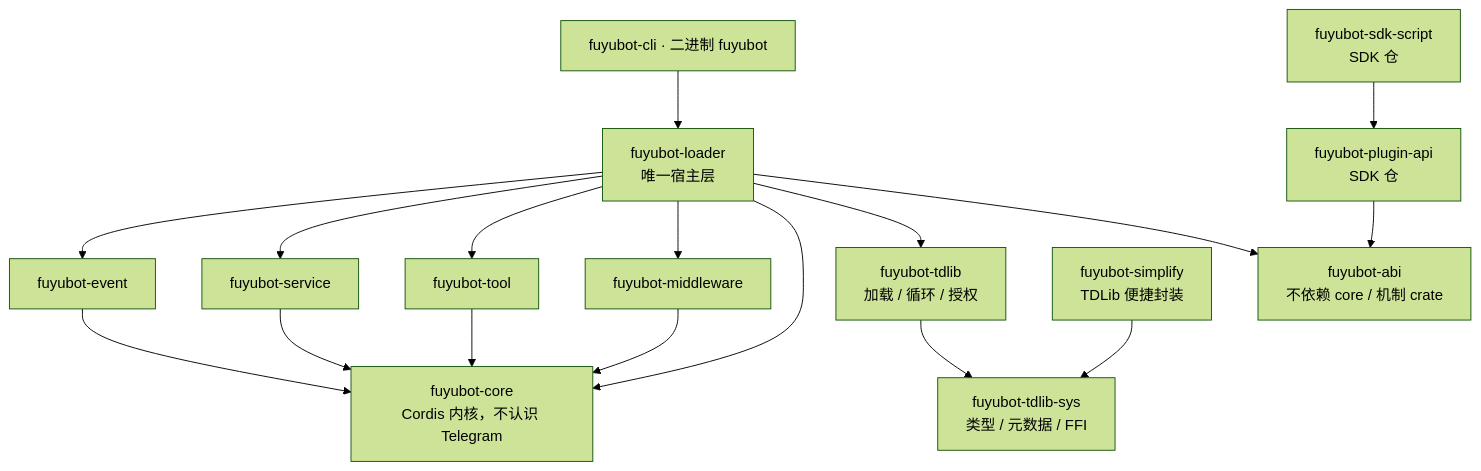
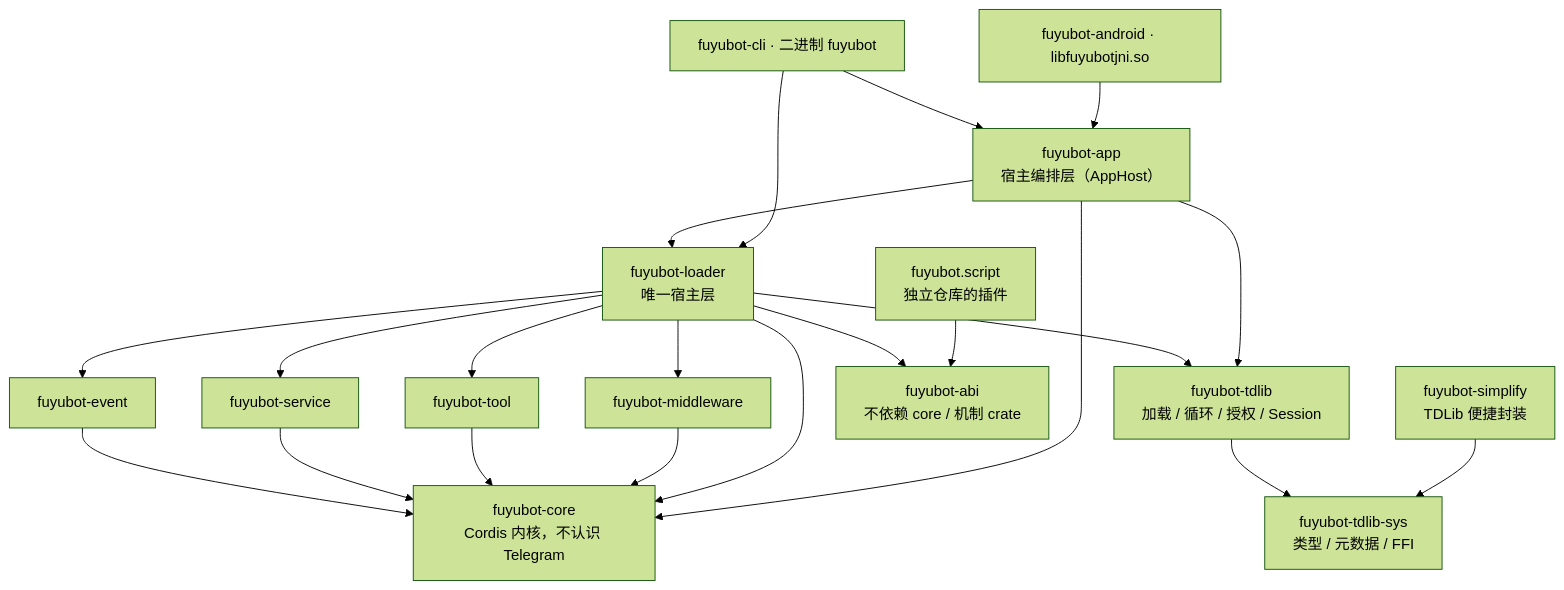
One commit to CatMoeCircle/FuyuBot-docs changed the diagram in content/docs/dev/architecture.mdx. Above: the diagram before and after it, drawn with Mermaid (forest theme). The commit also changed other lines of this file and 41 other files, not shown here.

First line of the commit message:
docs: 脚本插件独立成章，原生插件示例改用 fuyubot-abi

````diff
--- a/content/docs/dev/architecture.mdx
+++ b/content/docs/dev/architecture.mdx
@@ -17,19 +17,23 @@
 ```mermaid
 graph TD
   event["fuyubot-event"] --> core["fuyubot-core<br/>Cordis 内核，不认识 Telegram"]
   service["fuyubot-service"] --> core
   tool["fuyubot-tool"] --> core
   middleware["fuyubot-middleware"] --> core
   loader["fuyubot-loader<br/>唯一宿主层"] --> event
   loader --> service
   loader --> tool
   loader --> middleware
   loader --> core
-  loader --> tdlib["fuyubot-tdlib<br/>加载 / 循环 / 授权"]
+  loader --> tdlib["fuyubot-tdlib<br/>加载 / 循环 / 授权 / Session"]
   tdlib --> sys["fuyubot-tdlib-sys<br/>类型 / 元数据 / FFI"]
   loader --> abi["fuyubot-abi<br/>不依赖 core / 机制 crate"]
-  cli["fuyubot-cli · 二进制 fuyubot"] --> loader
-  pluginapi["fuyubot-plugin-api<br/>SDK 仓"] --> abi
-  sdkscript["fuyubot-sdk-script<br/>SDK 仓"] --> pluginapi
+  app["fuyubot-app<br/>宿主编排层（AppHost）"] --> loader
+  app --> tdlib
+  app --> core
+  cli["fuyubot-cli · 二进制 fuyubot"] --> app
+  cli --> loader
+  android["fuyubot-android · libfuyubotjni.so"] --> app
+  script["fuyubot.script<br/>独立仓库的插件"] --> abi
   simplify["fuyubot-simplify<br/>TDLib 便捷封装"] --> sys
 ```
````
